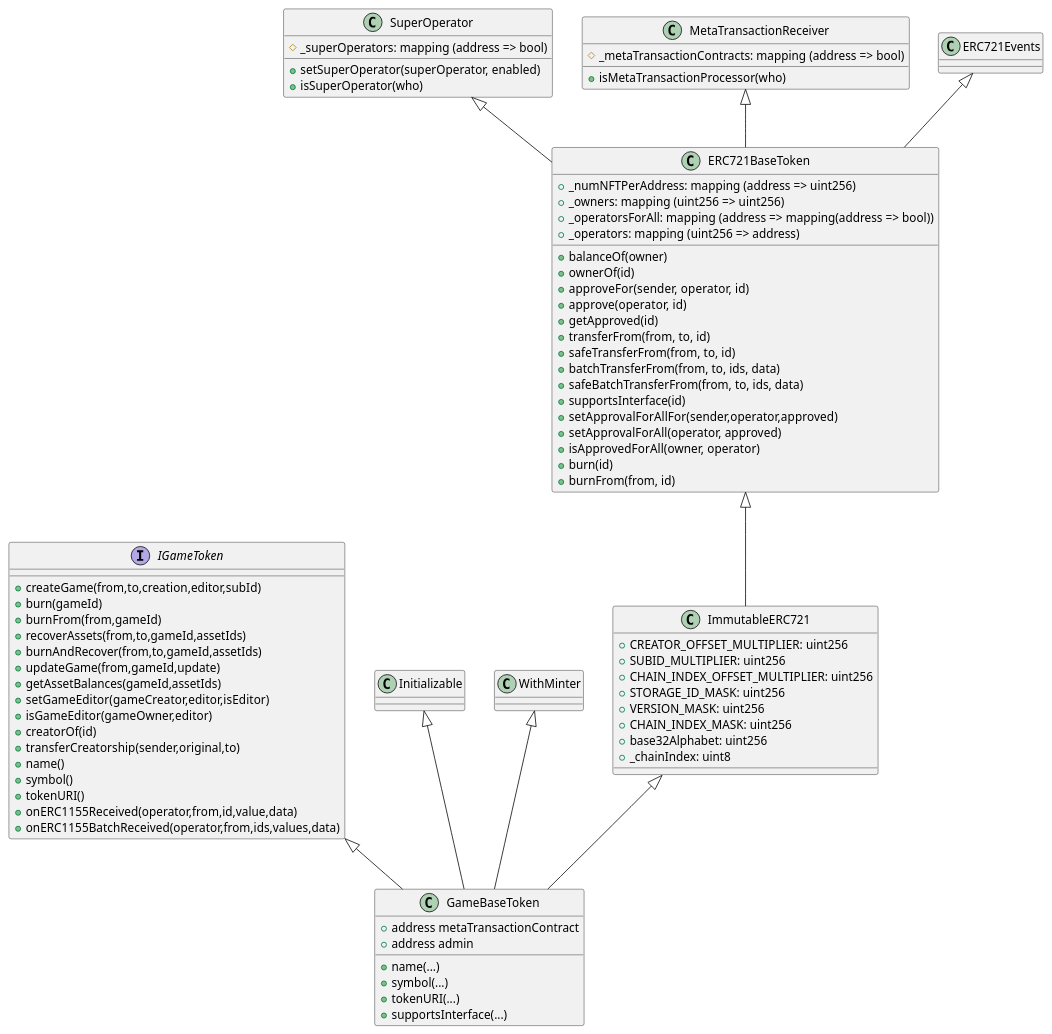
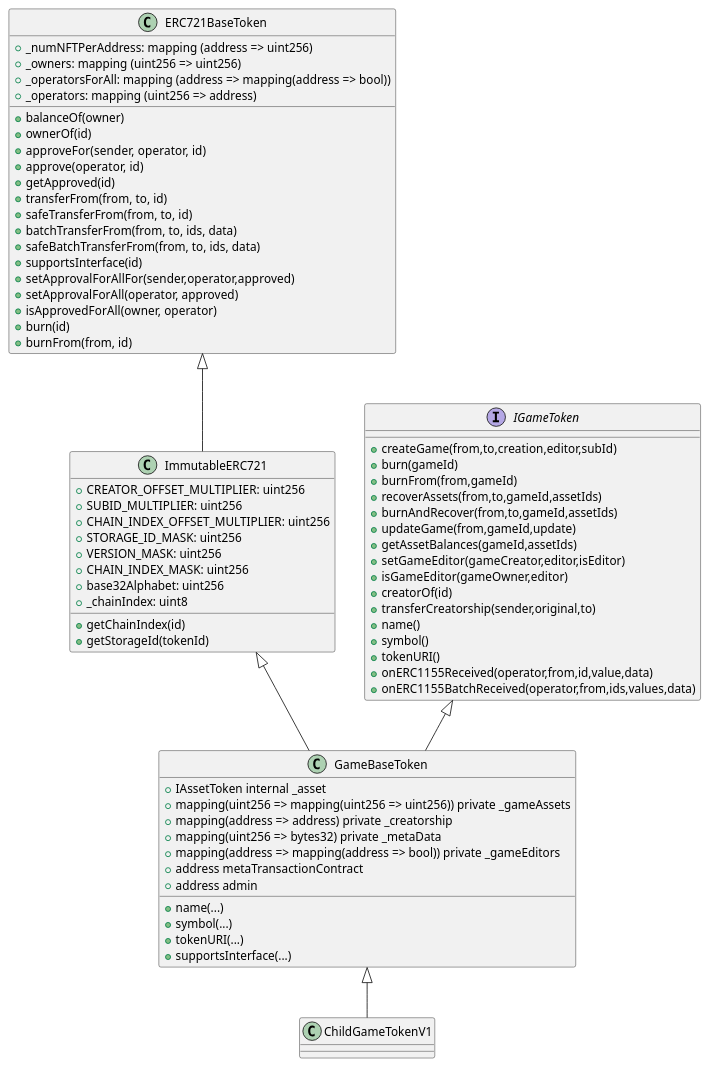
One commit to thesandboxgame/sandbox-smart-contracts changed the diagram in docs/topics/game/game.md. Above: the diagram before and after it, drawn with PlantUML.

Commit message:
more fixes

````diff
--- a/docs/topics/game/game.md
+++ b/docs/topics/game/game.md
@@ -48,17 +48,8 @@
     {field} + CHAIN_INDEX_MASK: uint256
     {field} + base32Alphabet: uint256
     {field} + _chainIndex: uint8
-}
-
-class SuperOperator{
-    {field} # _superOperators: mapping (address => bool)
-    + setSuperOperator(superOperator, enabled)
-    + isSuperOperator(who)
-}
-
-class MetaTransactionReceiver{
-    {field} # _metaTransactionContracts: mapping (address => bool)
-    + isMetaTransactionProcessor(who)
+    + getChainIndex(id)
+    + getStorageId(tokenId)
 }
 
 interface IGameToken{
@@ -81,19 +72,20 @@
 }
 
 class GameBaseToken{
-    + address metaTransactionContract
-    + address admin
+    {field} + IAssetToken internal _asset
+    {field} + mapping(uint256 => mapping(uint256 => uint256)) private _gameAssets
+    {field} + mapping(address => address) private _creatorship
+    {field} + mapping(uint256 => bytes32) private _metaData
+    {field} + mapping(address => mapping(address => bool)) private _gameEditors
+    {field} + address metaTransactionContract
+    {field} + address admin
     + name(...)
     + symbol(...)
     + tokenURI(...)
     + supportsInterface(...)
 }
-MetaTransactionReceiver <|-- ERC721BaseToken
-ERC721Events <|-- ERC721BaseToken
-SuperOperator <|-- ERC721BaseToken
 ERC721BaseToken <|-- ImmutableERC721
-Initializable <|-- GameBaseToken
-WithMinter <|-- GameBaseToken
 ImmutableERC721 <|-- GameBaseToken
 IGameToken <|-- GameBaseToken
+GameBaseToken <|-- ChildGameTokenV1
 ```
````
